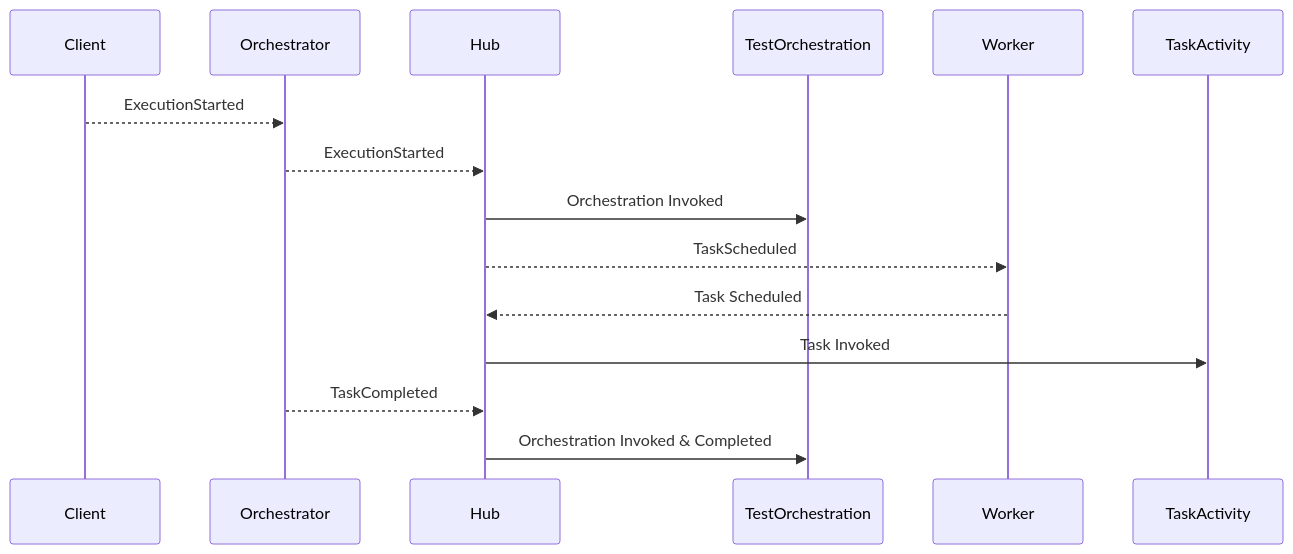
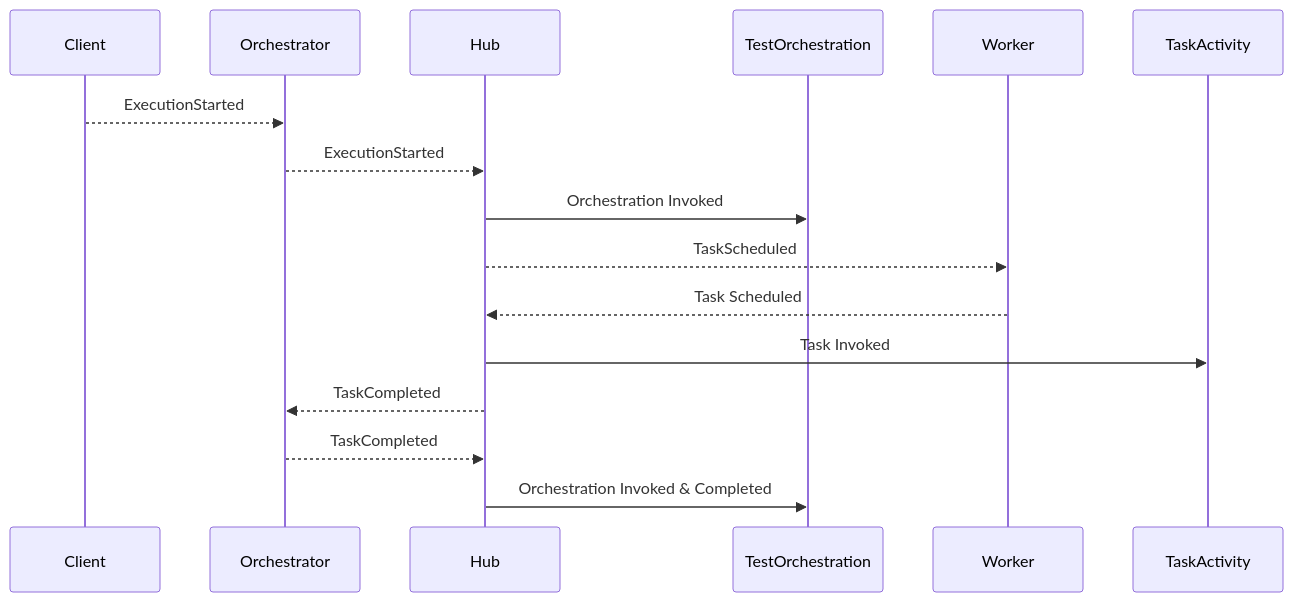
The fifth of 6 diagrams in content/blog/durable-task/index.md (abhikmitra/blog), drawn with Mermaid before and after one commit.

````diff
--- a/content/blog/durable-task/index.md
+++ b/content/blog/durable-task/index.md
@@ -86,13 +86,14 @@
  ```mermaid
 sequenceDiagram
     Client-->>Orchestrator: ExecutionStarted
 
     Orchestrator-->>Hub: ExecutionStarted
 
     Hub->>TestOrchestration: Orchestration Invoked
     Hub-->>Worker: TaskScheduled
     Worker-->>Hub: Task Scheduled
     Hub->>TaskActivity: Task Invoked
+    Hub-->>Orchestrator: TaskCompleted
     Orchestrator-->>Hub: TaskCompleted
     Hub->>TestOrchestration: Orchestration Invoked & Completed
 ```
````
